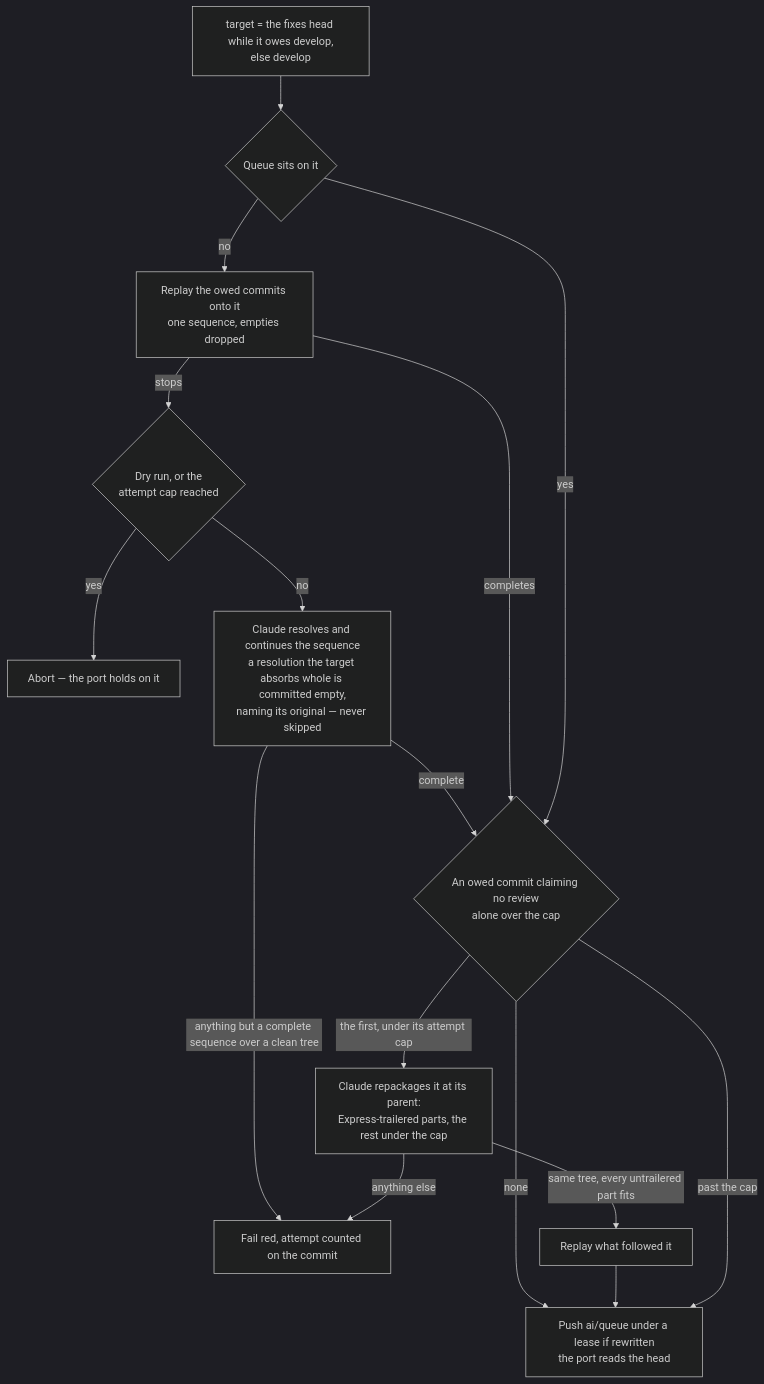
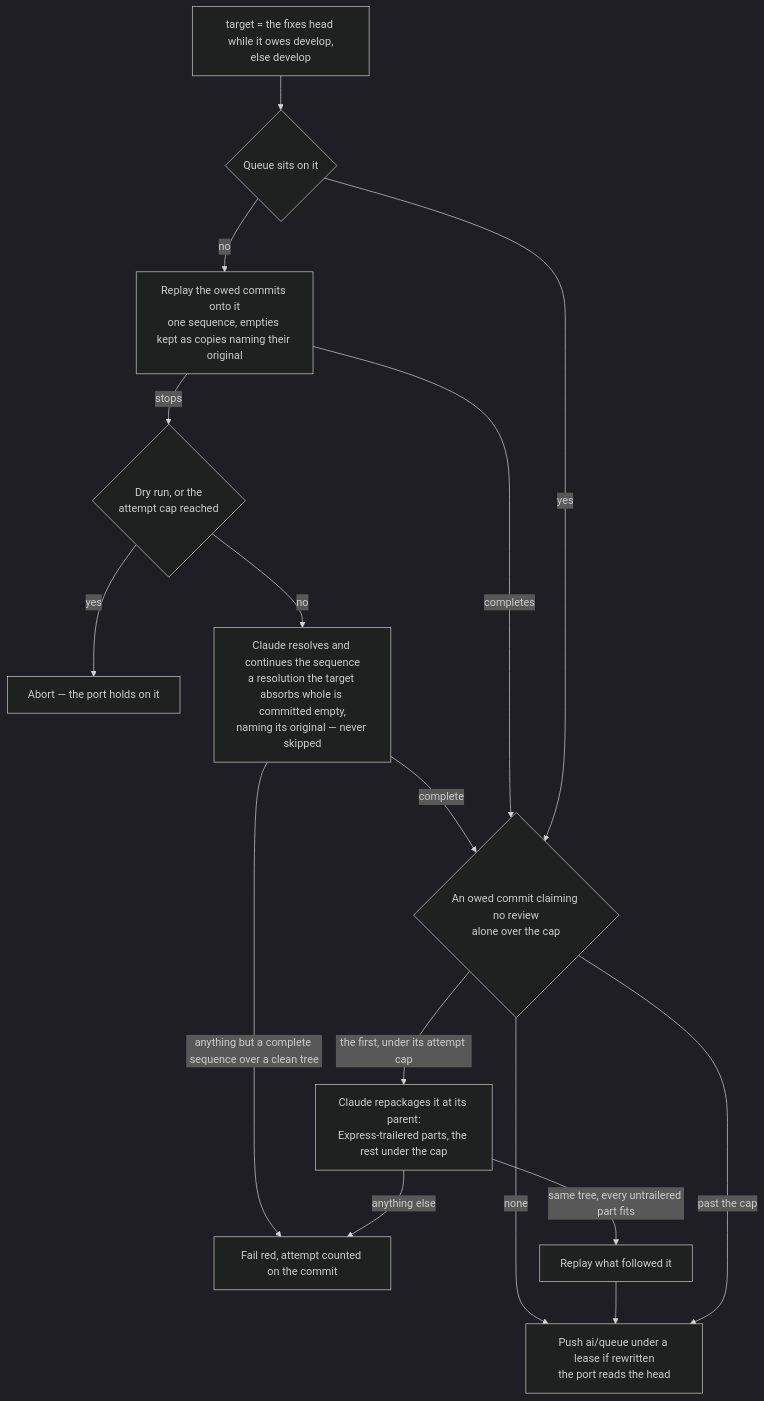
One commit to Esposter/Esposter changed the third of 4 diagrams in apps/web/content/docs/infra/review-collector/collection-cycle.md. Above: the diagram before and after it, drawn with Mermaid (dark theme).

Commit message:
docs(review-collector): the replay's diagram says the empties are kept, as its prose and the sequence already do
`checkIsPicked` replays with `--empty=keep` and the Sync prose states why, but the flowchart edge the prose sits
above still reads `empties dropped` — the behaviour the change to `keep` removed, and the one thing a reader
skimming the diagram would take away.

Drains: 5267118161

````diff
--- a/apps/web/content/docs/infra/review-collector/collection-cycle.md
+++ b/apps/web/content/docs/infra/review-collector/collection-cycle.md
@@ -99,17 +99,17 @@
 ```mermaid
 flowchart TD
   T[target = the fixes head while it owes develop,<br/>else develop] --> A{Queue sits on it}
-  A -->|no| R[Replay the owed commits onto it<br/>one sequence, empties dropped]
+  A -->|no| R[Replay the owed commits onto it<br/>one sequence, empties kept as copies naming their original]
   R -->|stops| C{Dry run, or the<br/>attempt cap reached}
   C -->|yes| AB[Abort — the port holds on it]
   C -->|no| CL[Claude resolves and continues the sequence<br/>a resolution the target absorbs whole is committed empty,<br/>naming its original — never skipped]
   CL -->|anything but a complete sequence over a clean tree| F[Fail red, attempt counted on the commit]
   CL -->|complete| RS
   R -->|completes| RS
   A -->|yes| RS{An owed commit claiming no review<br/>alone over the cap}
   RS -->|none| P[Push ai/queue under a lease if rewritten<br/>the port reads the head]
   RS -->|the first, under its attempt cap| SH[Claude repackages it at its parent:<br/>Express-trailered parts, the rest under the cap]
   SH -->|same tree, every untrailered part fits| RP[Replay what followed it] --> P
   SH -->|anything else| F
   RS -->|past the cap| P
 ```
````
